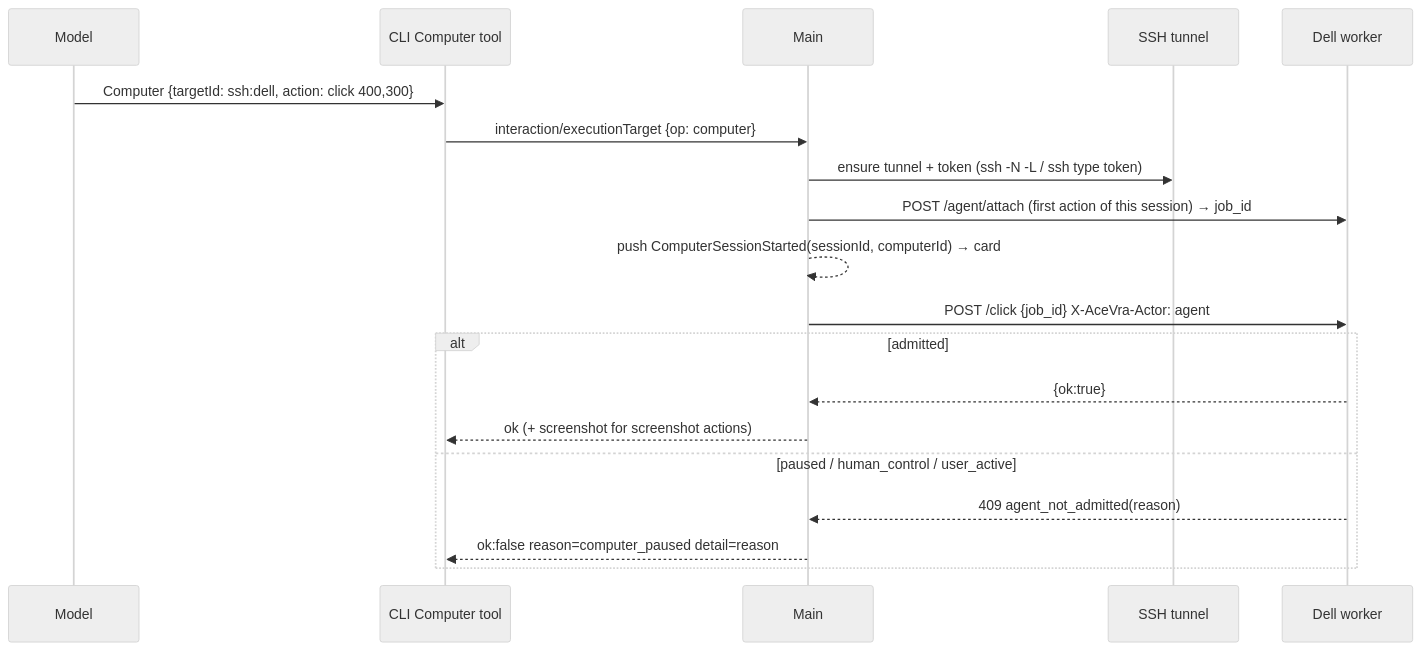
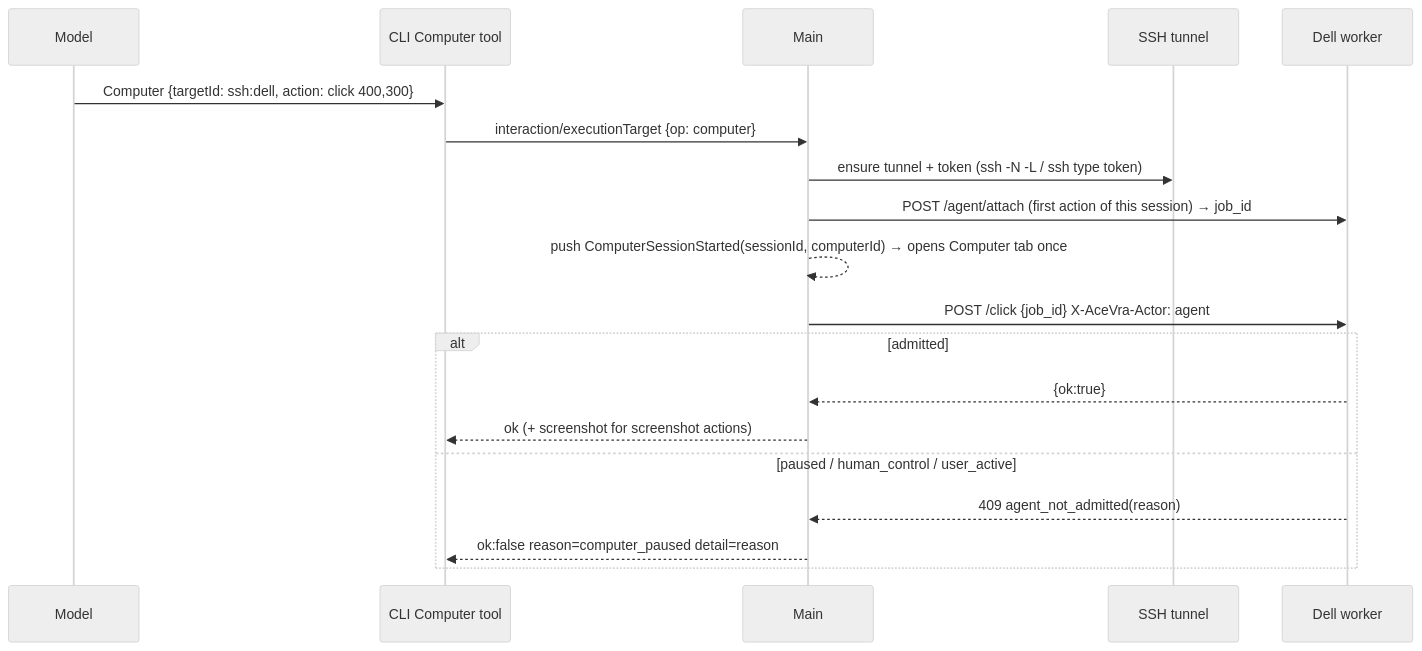
Before and after one commit to Ykkfelipe/AceVra: the second of 5 diagrams in packages/desktop/specs/acevra-agent-computer.md, drawn with Mermaid (neutral theme). The commit also changed other lines of this file, not shown here.

Commit message:
docs(spec): computer side panel, take control and view stream

````diff
--- a/packages/desktop/specs/acevra-agent-computer.md
+++ b/packages/desktop/specs/acevra-agent-computer.md
@@ -198,21 +235,21 @@
 ```mermaid
 sequenceDiagram
   participant Model
   participant CLI as CLI Computer tool
   participant Main
   participant Tun as SSH tunnel
   participant W as Dell worker
   Model->>CLI: Computer {targetId: ssh:dell, action: click 400,300}
   CLI->>Main: interaction/executionTarget {op: computer}
   Main->>Tun: ensure tunnel + token (ssh -N -L / ssh type token)
   Main->>W: POST /agent/attach (first action of this session) → job_id
-  Main-->>Main: push ComputerSessionStarted(sessionId, computerId) → card
+  Main-->>Main: push ComputerSessionStarted(sessionId, computerId) → opens Computer tab once
   Main->>W: POST /click {job_id} X-AceVra-Actor: agent
   alt admitted
     W-->>Main: {ok:true}
     Main-->>CLI: ok (+ screenshot for screenshot actions)
   else paused / human_control / user_active
     W-->>Main: 409 agent_not_admitted(reason)
     Main-->>CLI: ok:false reason=computer_paused detail=reason
   end
 ```
````
